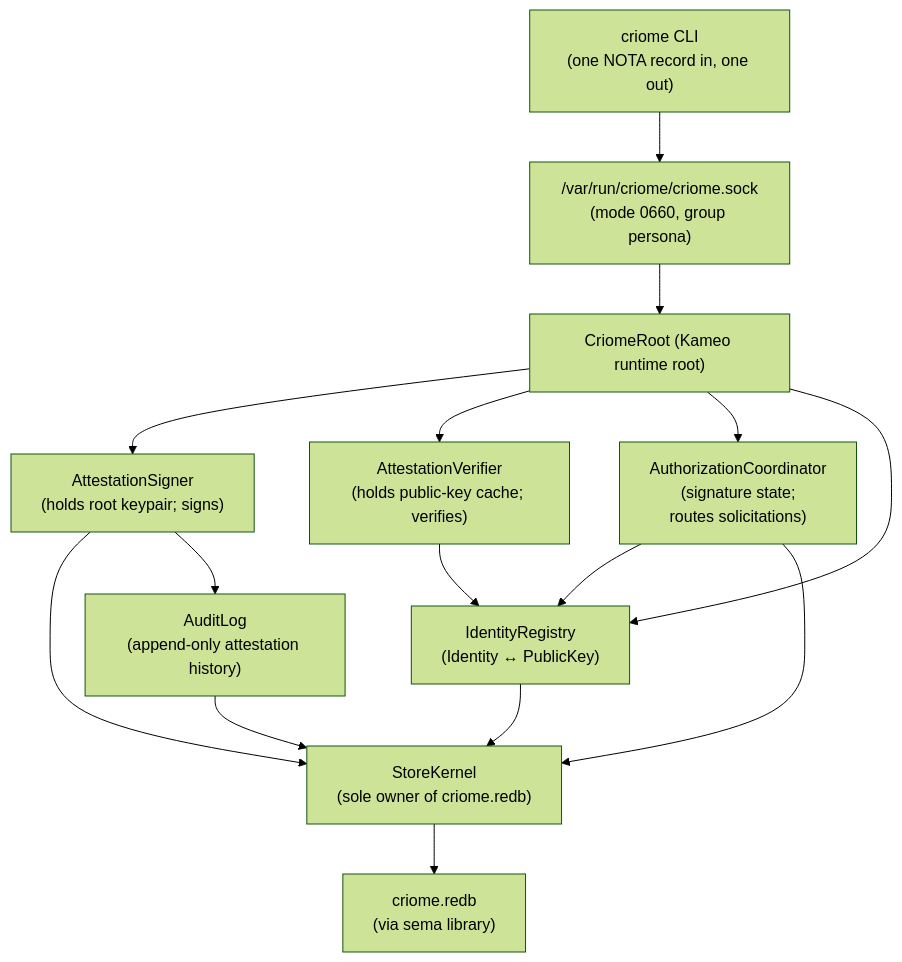
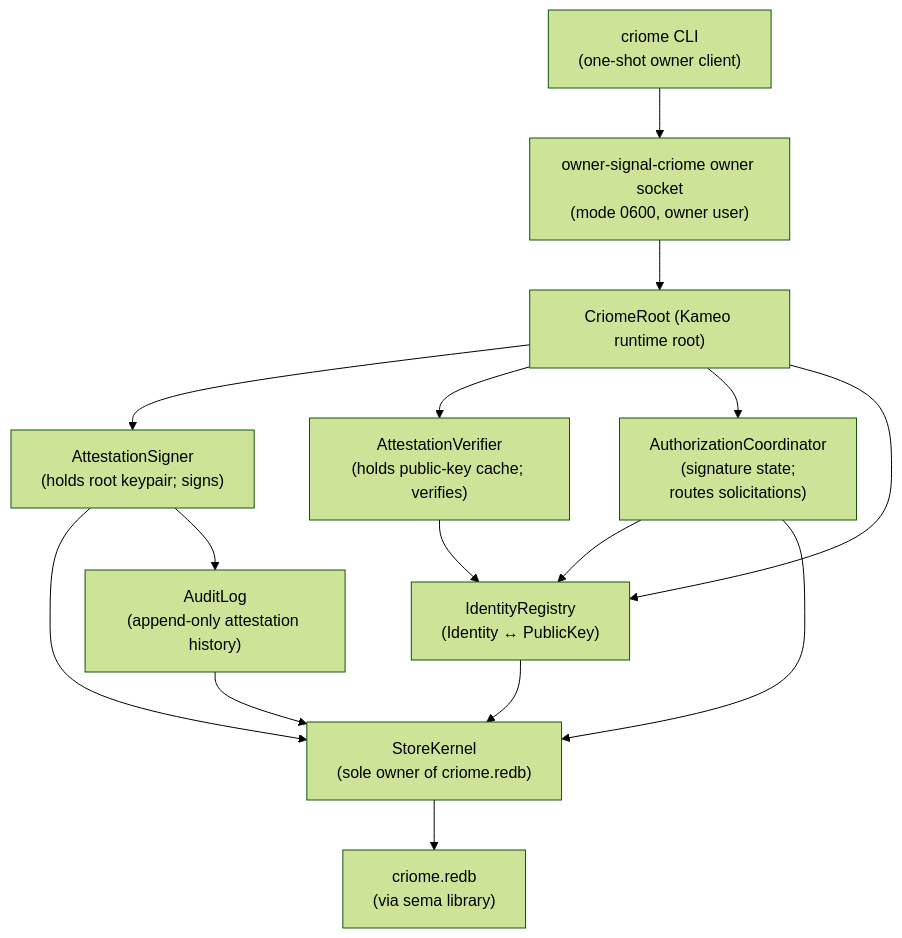
One commit to LiGoldragon/criome changed the diagram in ARCHITECTURE.md. Above: the diagram before and after it, drawn with Mermaid (forest theme). The commit also changed other lines of this file and 11 other files, not shown here.

````diff
--- a/ARCHITECTURE.md
+++ b/ARCHITECTURE.md
@@ -171,28 +181,28 @@
 ```mermaid
 flowchart TB
-    cli["criome CLI<br/>(one NOTA record in, one out)"]
-    socket["/var/run/criome/criome.sock<br/>(mode 0660, group persona)"]
+    cli["criome CLI<br/>(one-shot owner client)"]
+    socket["owner-signal-criome owner socket<br/>(mode 0600, owner user)"]
     root["CriomeRoot (Kameo runtime root)"]
     signer["AttestationSigner<br/>(holds root keypair; signs)"]
     verifier["AttestationVerifier<br/>(holds public-key cache; verifies)"]
     authorization["AuthorizationCoordinator<br/>(signature state;<br/>routes solicitations)"]
     registry["IdentityRegistry<br/>(Identity ↔ PublicKey)"]
     store["StoreKernel<br/>(sole owner of criome.redb)"]
     db["criome.redb<br/>(via sema library)"]
     audit["AuditLog<br/>(append-only attestation history)"]
 
     cli --> socket
     socket --> root
     root --> signer
     root --> verifier
     root --> authorization
     root --> registry
     signer --> store
     verifier --> registry
     authorization --> registry
     authorization --> store
     registry --> store
     store --> db
     signer --> audit
     audit --> store
 ```
````
